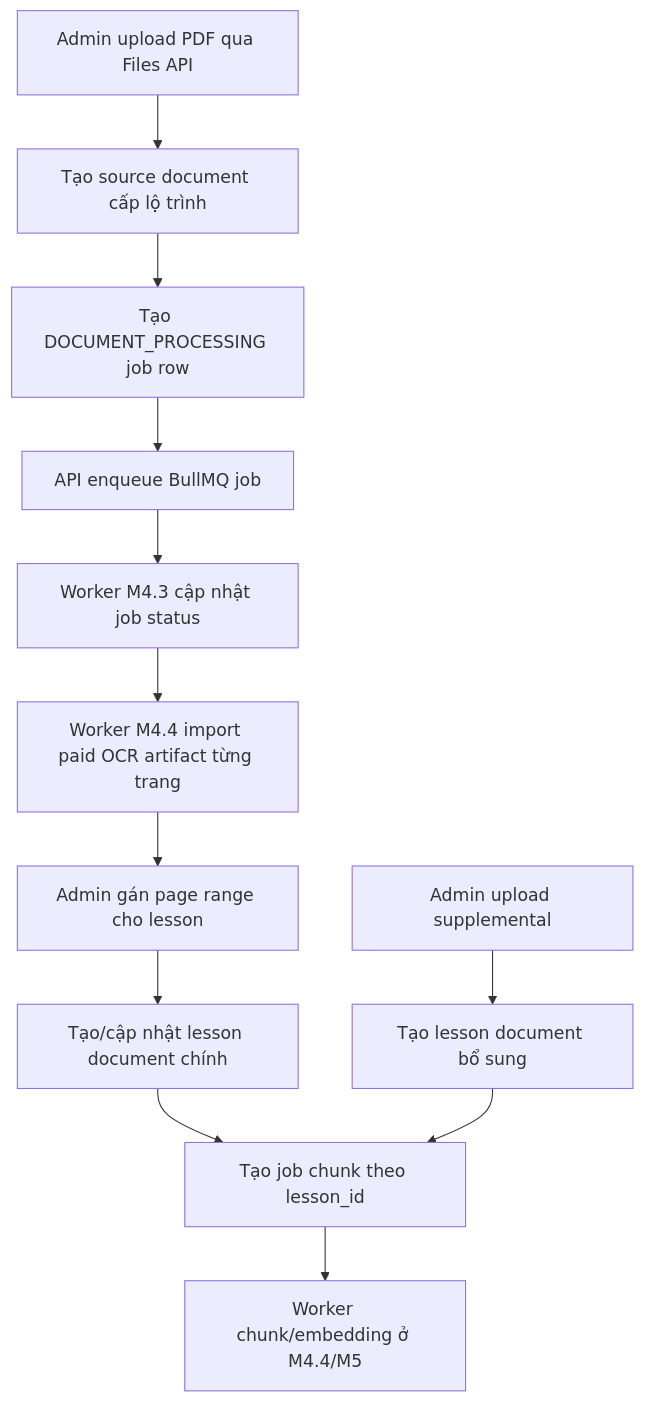
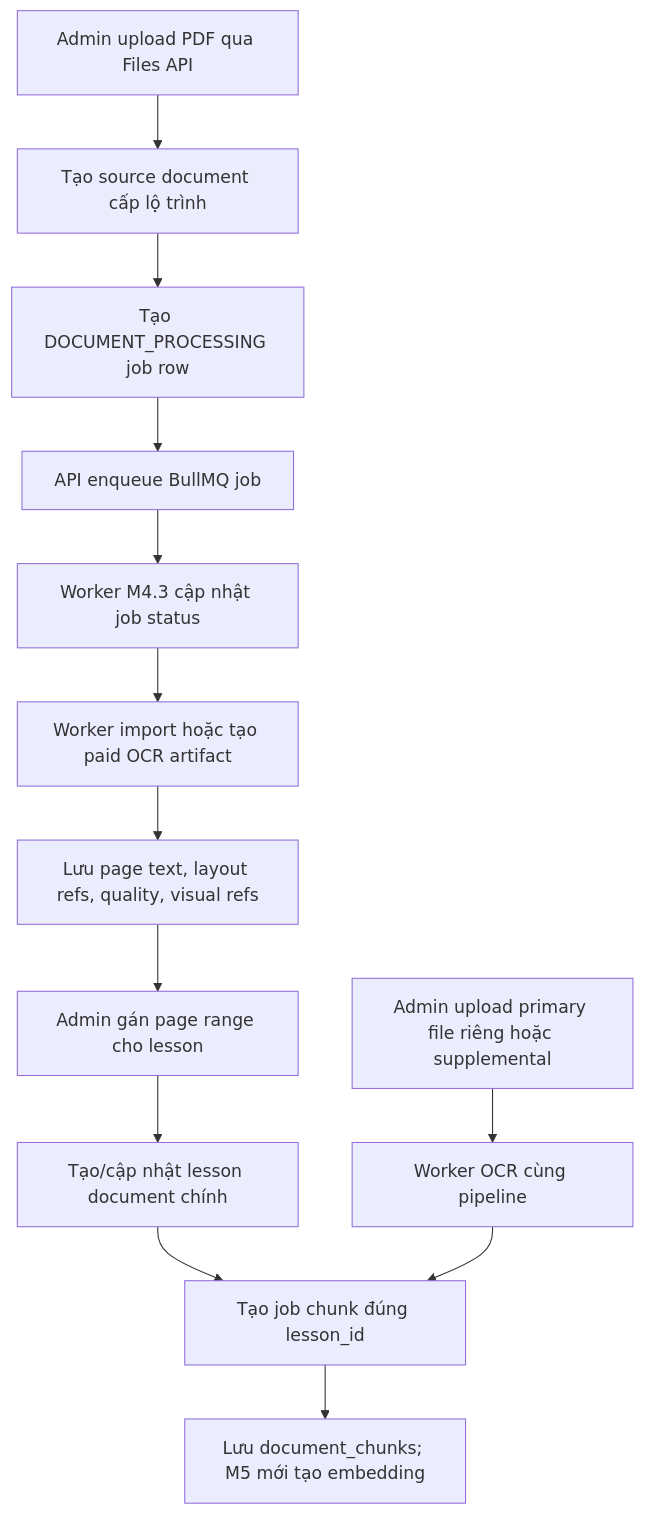
The diagram in docs/learning-notes/features/lesson-document-processing.md (DamAnhTuanTB/ClassHero), drawn with Mermaid before and after one commit. The commit also changed other lines of this file and 30 other files, not shown here.

First line of the commit message:
feat(api): enrich paid OCR artifacts

````diff
--- a/docs/learning-notes/features/lesson-document-processing.md
+++ b/docs/learning-notes/features/lesson-document-processing.md
@@ -13,14 +13,15 @@
 ```mermaid
 flowchart TD
   A[Admin upload PDF qua Files API] --> B[Tạo source document cấp lộ trình]
   B --> C[Tạo DOCUMENT_PROCESSING job row]
   C --> D[API enqueue BullMQ job]
   D --> E[Worker M4.3 cập nhật job status]
-  E --> F[Worker M4.4 import paid OCR artifact từng trang]
-  F --> G[Admin gán page range cho lesson]
-  G --> H[Tạo/cập nhật lesson document chính]
-  H --> I[Tạo job chunk theo lesson_id]
-  J[Admin upload supplemental] --> K[Tạo lesson document bổ sung]
-  K --> I
-  I --> L[Worker chunk/embedding ở M4.4/M5]
+  E --> F[Worker import hoặc tạo paid OCR artifact]
+  F --> G[Lưu page text, layout refs, quality, visual refs]
+  G --> H[Admin gán page range cho lesson]
+  H --> I[Tạo/cập nhật lesson document chính]
+  I --> J[Tạo job chunk đúng lesson_id]
+  K[Admin upload primary file riêng hoặc supplemental] --> L[Worker OCR cùng pipeline]
+  L --> J
+  J --> M[Lưu document_chunks; M5 mới tạo embedding]
 ```
````
